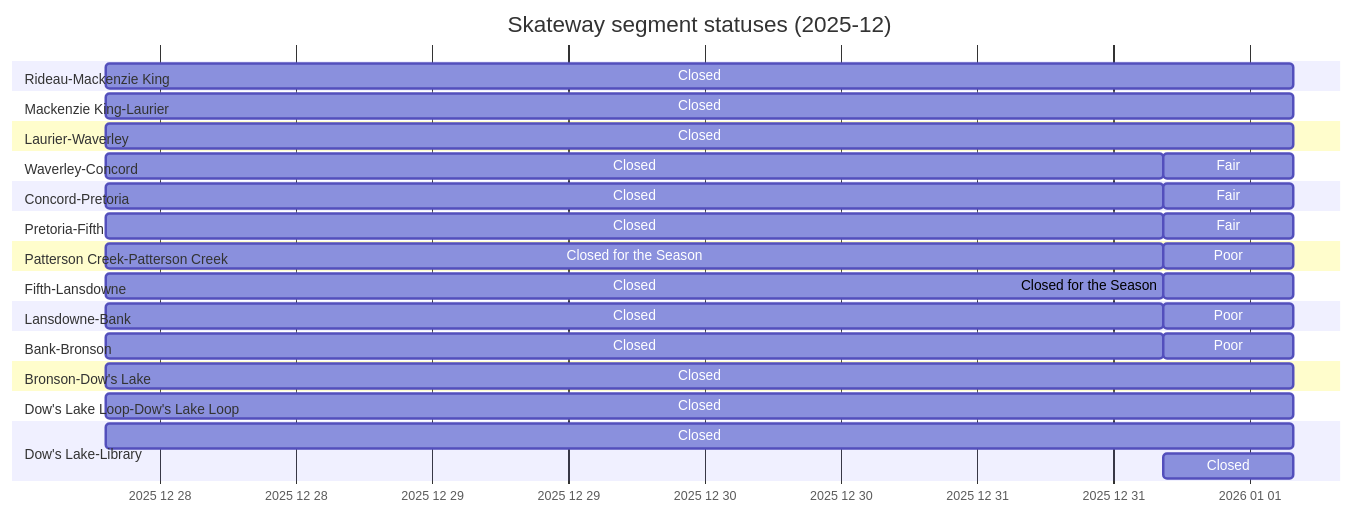
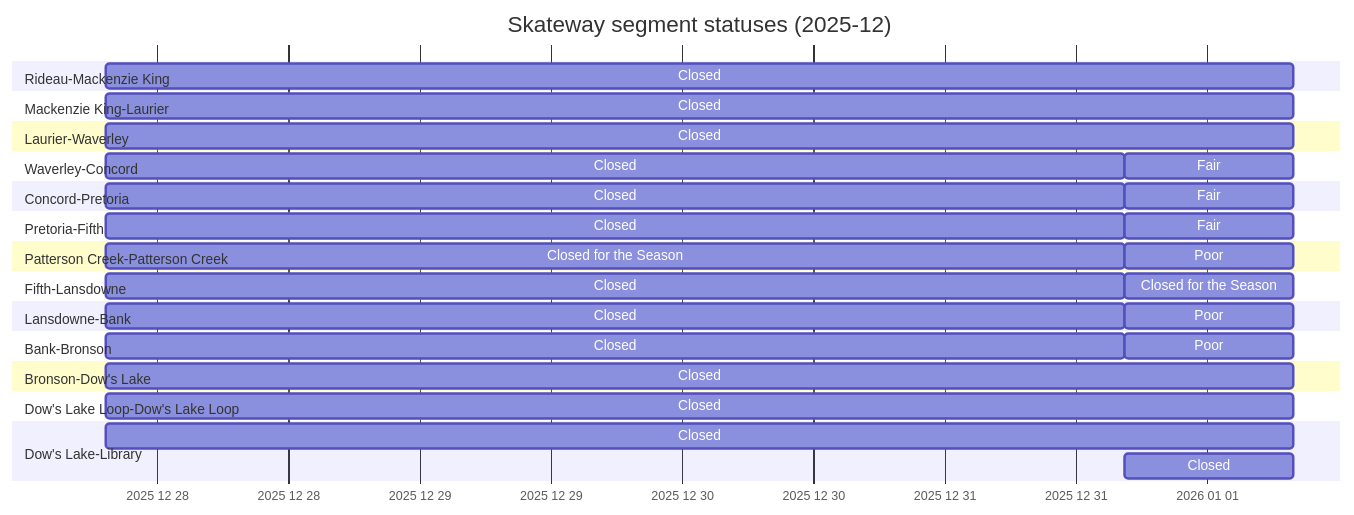
The diagram in gantt.md (PatLittle/skateway_data), drawn with Mermaid before and after one commit. The commit also changed 2 other files, not shown here.

````diff
--- a/gantt.md
+++ b/gantt.md
@@ -2,51 +2,51 @@
 ```mermaid
 ---
 topAxis: true
 displayMode: compact
 config:
   themeCSS: " #vg { fill: Green } #g {fill: yellow} #f {fill: orange} #p {fill: red}      \n
 #c {fill: Black} #cs {fill: Black} #sc {fill: White} #wo {fill: saddlebrown} \n
             text[id^=cs] { fill: red; } text[id^=sc] { fill: red; }
         "
 ---
 
 gantt
   title Skateway segment statuses (2025-12)
   dateFormat  YYYY-MM-DD HH:mm:ss
   axisFormat  %Y %m %d
   section Rideau-Mackenzie King
-  Closed: c, 2025-12-27 19:17:23, 2026-01-01 03:54:16
+  Closed: c, 2025-12-27 19:17:23, 2026-01-01 07:55:19
   section Mackenzie King-Laurier
-  Closed: c, 2025-12-27 19:17:23, 2026-01-01 03:54:16
+  Closed: c, 2025-12-27 19:17:23, 2026-01-01 07:55:19
   section Laurier-Waverley
-  Closed: c, 2025-12-27 19:17:23, 2026-01-01 03:54:16
+  Closed: c, 2025-12-27 19:17:23, 2026-01-01 07:55:19
   section Waverley-Concord
   Closed: c, 2025-12-27 19:17:23, 2025-12-31 16:28:10
-  Fair: f, 2025-12-31 16:28:10, 2026-01-01 03:54:16
+  Fair: f, 2025-12-31 16:28:10, 2026-01-01 07:55:19
   section Concord-Pretoria
   Closed: c, 2025-12-27 19:17:23, 2025-12-31 16:28:10
-  Fair: f, 2025-12-31 16:28:10, 2026-01-01 03:54:16
+  Fair: f, 2025-12-31 16:28:10, 2026-01-01 07:55:19
   section Pretoria-Fifth
   Closed: c, 2025-12-27 19:17:23, 2025-12-31 16:28:10
-  Fair: f, 2025-12-31 16:28:10, 2026-01-01 03:54:16
+  Fair: f, 2025-12-31 16:28:10, 2026-01-01 07:55:19
   section Patterson Creek-Patterson Creek
   Closed for the Season: cs, 2025-12-27 19:17:23, 2025-12-31 16:28:10
-  Poor: p, 2025-12-31 16:28:10, 2026-01-01 03:54:16
+  Poor: p, 2025-12-31 16:28:10, 2026-01-01 07:55:19
   section Fifth-Lansdowne
   Closed: c, 2025-12-27 19:17:23, 2025-12-31 16:28:10
-  Closed for the Season: cs, 2025-12-31 16:28:10, 2026-01-01 03:54:16
+  Closed for the Season: cs, 2025-12-31 16:28:10, 2026-01-01 07:55:19
   section Lansdowne-Bank
   Closed: c, 2025-12-27 19:17:23, 2025-12-31 16:28:10
-  Poor: p, 2025-12-31 16:28:10, 2026-01-01 03:54:16
+  Poor: p, 2025-12-31 16:28:10, 2026-01-01 07:55:19
   section Bank-Bronson
   Closed: c, 2025-12-27 19:17:23, 2025-12-31 16:28:10
-  Poor: p, 2025-12-31 16:28:10, 2026-01-01 03:54:16
+  Poor: p, 2025-12-31 16:28:10, 2026-01-01 07:55:19
   section Bronson-Dow's Lake
-  Closed: c, 2025-12-27 19:17:23, 2026-01-01 03:54:16
+  Closed: c, 2025-12-27 19:17:23, 2026-01-01 07:55:19
   section Dow's Lake Loop-Dow's Lake Loop
-  Closed: c, 2025-12-27 19:17:23, 2026-01-01 03:54:16
+  Closed: c, 2025-12-27 19:17:23, 2026-01-01 07:55:19
   section Dow's Lake-Library
-  Closed: c, 2025-12-27 19:17:23, 2026-01-01 03:54:16
+  Closed: c, 2025-12-27 19:17:23, 2026-01-01 07:55:19
   section Dow's Lake-Library
-  Closed: c, 2025-12-31 16:28:10, 2026-01-01 03:54:16
+  Closed: c, 2025-12-31 16:28:10, 2026-01-01 07:55:19
 ```
````
